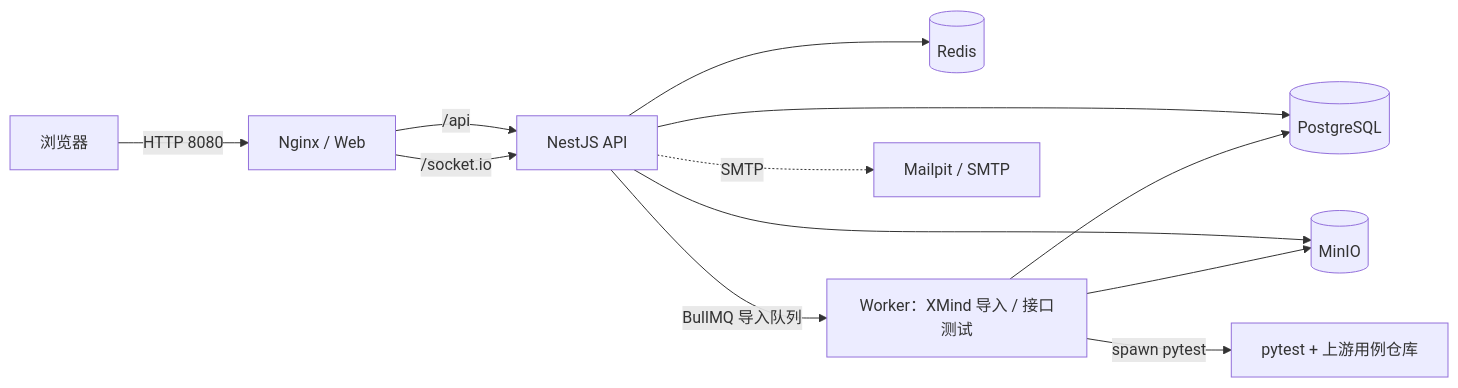
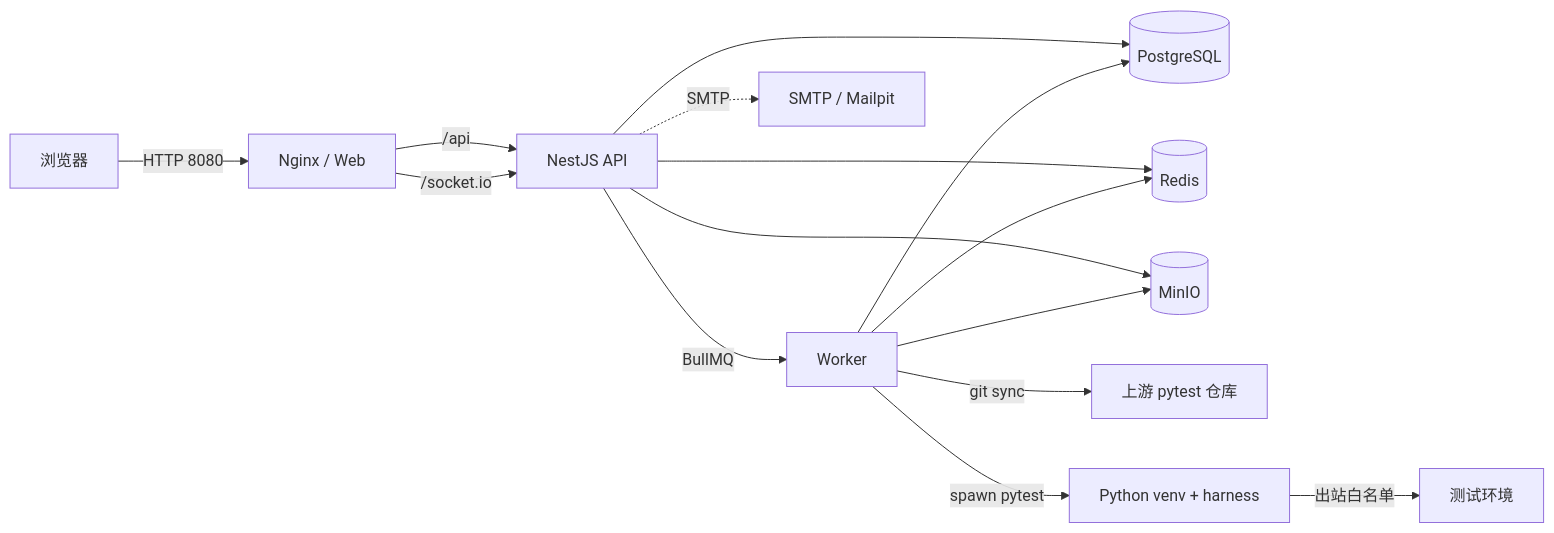
One commit to Evan-Hz28/share-mind-map changed the diagram in README.md. Above: the diagram before and after it, drawn with Mermaid. The commit also changed other lines of this file and 2 other files, not shown here.

````diff
--- a/README.md
+++ b/README.md
@@ -153,14 +87,17 @@
 ```mermaid
 flowchart LR
     B[浏览器] -->|HTTP 8080| N[Nginx / Web]
     N -->|/api| A[NestJS API]
     N -->|/socket.io| A
     A --> PG[(PostgreSQL)]
     A --> RD[(Redis)]
     A --> MO[(MinIO)]
-    A -->|BullMQ 导入队列| W[Worker：XMind 导入 / 接口测试]
+    A -->|BullMQ| W[Worker]
     W --> PG
+    W --> RD
     W --> MO
-    W -->|spawn pytest| T[pytest + 上游用例仓库]
-    A -.->|SMTP| MP[Mailpit / SMTP]
+    W -->|git sync| U[上游 pytest 仓库]
+    W -->|spawn pytest| T[Python venv + harness]
+    T -->|出站白名单| E[测试环境]
+    A -.->|SMTP| MP[SMTP / Mailpit]
 ```
````
